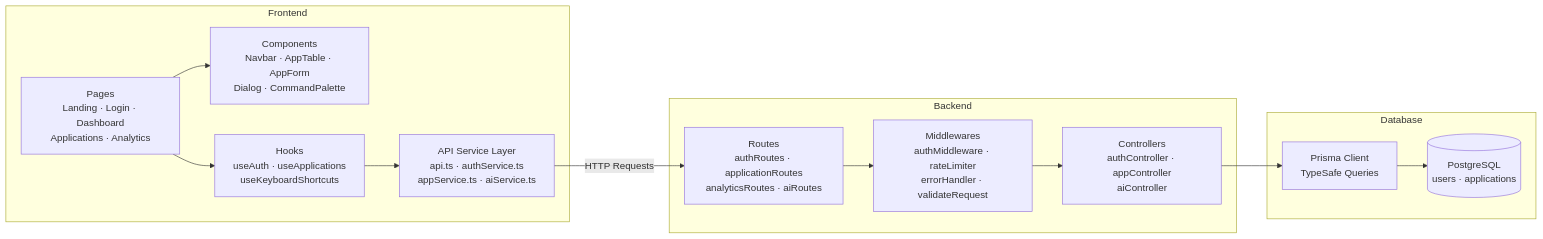
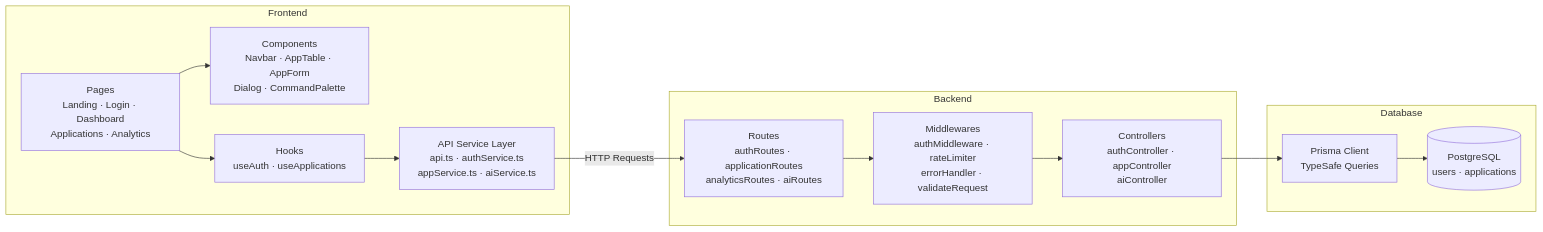
One commit to mdadeel/Career-Tracker changed the second of 4 diagrams in README.md. Above: the diagram before and after it, drawn with Mermaid. The commit also changed other lines of this file, not shown here.

Commit message:
docs: remove keyboard shortcut documentation and references from README

````diff
--- a/README.md
+++ b/README.md
@@ -103,29 +103,29 @@
 ```mermaid
 graph LR
     subgraph Frontend
         Pages[Pages<br/>Landing · Login · Dashboard<br/>Applications · Analytics]
         Components[Components<br/>Navbar · AppTable · AppForm<br/>Dialog · CommandPalette]
-        Hooks[Hooks<br/>useAuth · useApplications<br/>useKeyboardShortcuts]
+        Hooks[Hooks<br/>useAuth · useApplications]
         Services[API Service Layer<br/>api.ts · authService.ts<br/>appService.ts · aiService.ts]
     end
 
     subgraph Backend
         Routes[Routes<br/>authRoutes · applicationRoutes<br/>analyticsRoutes · aiRoutes]
         Controllers[Controllers<br/>authController · appController<br/>aiController]
         Middlewares[Middlewares<br/>authMiddleware · rateLimiter<br/>errorHandler · validateRequest]
     end
 
     subgraph Database
         PrismaClient[Prisma Client<br/>TypeSafe Queries]
         PG[(PostgreSQL<br/>users · applications)]
     end
 
     Pages --> Components
     Pages --> Hooks
     Hooks --> Services
     Services -->|HTTP Requests| Routes
     Routes --> Middlewares
     Middlewares --> Controllers
     Controllers --> PrismaClient
     PrismaClient --> PG
 ```
````
